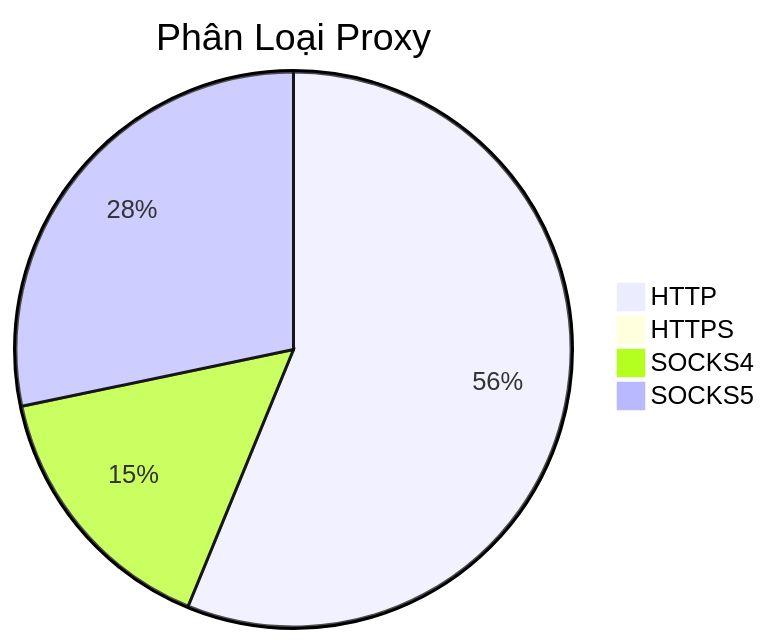
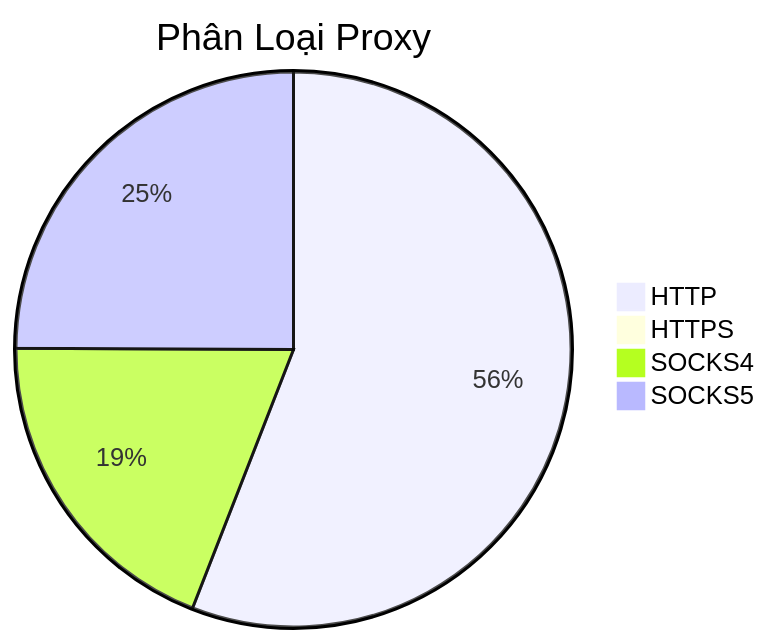
The diagram in README.md (Ciara-12/PROXY-free), drawn with Mermaid before and after one commit. The commit also changed other lines of this file and 4 other files, not shown here.

````diff
--- a/README.md
+++ b/README.md
@@ -26,7 +26,7 @@
 ```mermaid
 pie title Phân Loại Proxy
-    "HTTP" : 630
-    "HTTPS" : 4
-    "SOCKS4" : 174
-    "SOCKS5" : 317
+    "HTTP" : 774
+    "HTTPS" : 7
+    "SOCKS4" : 265
+    "SOCKS5" : 345
 ```
````
